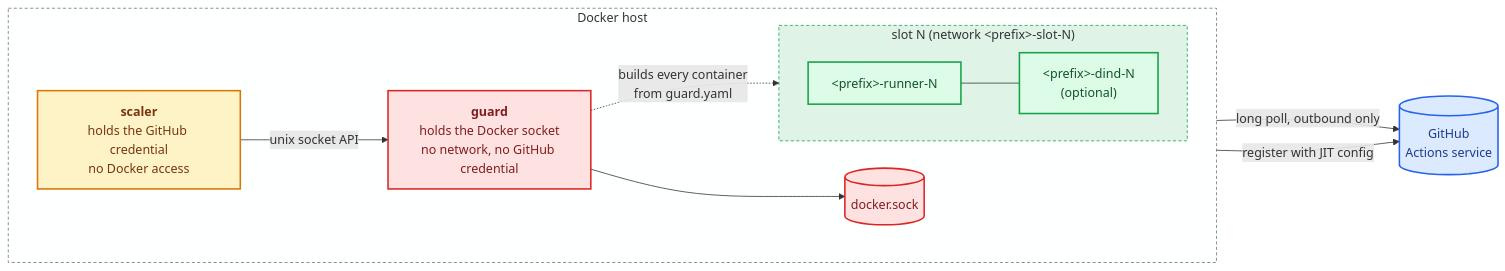
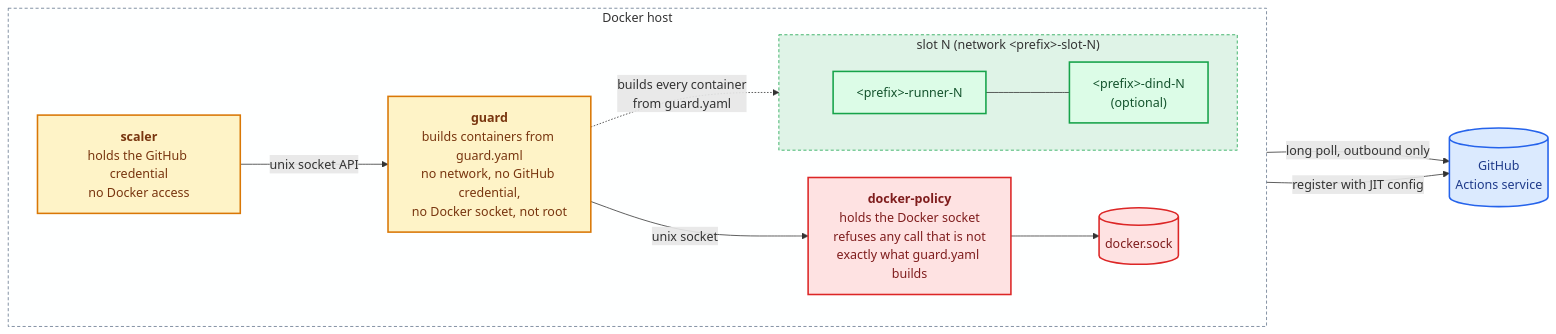
One commit to MacLeodTech/runner-scaling changed the first of 3 diagrams in README.md. Above: the diagram before and after it, drawn with Mermaid. The commit also changed other lines of this file and 13 other files, not shown here.

First line of the commit message:
Docker policy proxy: guard without the Docker socket or root (#26)

````diff
--- a/README.md
+++ b/README.md
@@ -23,27 +23,29 @@
 ```mermaid
 flowchart LR
     GH[("GitHub<br/>Actions service")]:::ext
     subgraph host["Docker host"]
         direction LR
         S["<b>scaler</b><br/>holds the GitHub credential<br/>no Docker access"]:::net
-        G["<b>guard</b><br/>holds the Docker socket<br/>no network, no GitHub credential"]:::priv
+        G["<b>guard</b><br/>builds containers from guard.yaml<br/>no network, no GitHub credential,<br/>no Docker socket, not root"]:::net
+        P["<b>docker-policy</b><br/>holds the Docker socket<br/>refuses any call that is not<br/>exactly what guard.yaml builds"]:::priv
         D[("docker.sock")]:::priv
         subgraph slot["slot N (network &lt;prefix&gt;-slot-N)"]
             R["&lt;prefix&gt;-runner-N"]:::job
             DIND["&lt;prefix&gt;-dind-N<br/>(optional)"]:::job
         end
     end
     S -- "long poll, outbound only" --> GH
     S -- "unix socket API" --> G
-    G --> D
+    G -- "unix socket" --> P
+    P --> D
     G -. "builds every container<br/>from guard.yaml" .-> slot
     R -- "register with JIT config" --> GH
     R --- DIND
 
     classDef ext fill:#dbeafe,stroke:#2563eb,stroke-width:2px,color:#1e3a8a
     classDef net fill:#fef3c7,stroke:#d97706,stroke-width:2px,color:#78350f
     classDef priv fill:#fee2e2,stroke:#dc2626,stroke-width:2px,color:#7f1d1d
     classDef job fill:#dcfce7,stroke:#16a34a,stroke-width:2px,color:#14532d
     style host fill:#f8fafc22,stroke:#64748b,stroke-dasharray:4 3
     style slot fill:#16a34a22,stroke:#16a34a,stroke-dasharray:4 3
 ```
````
